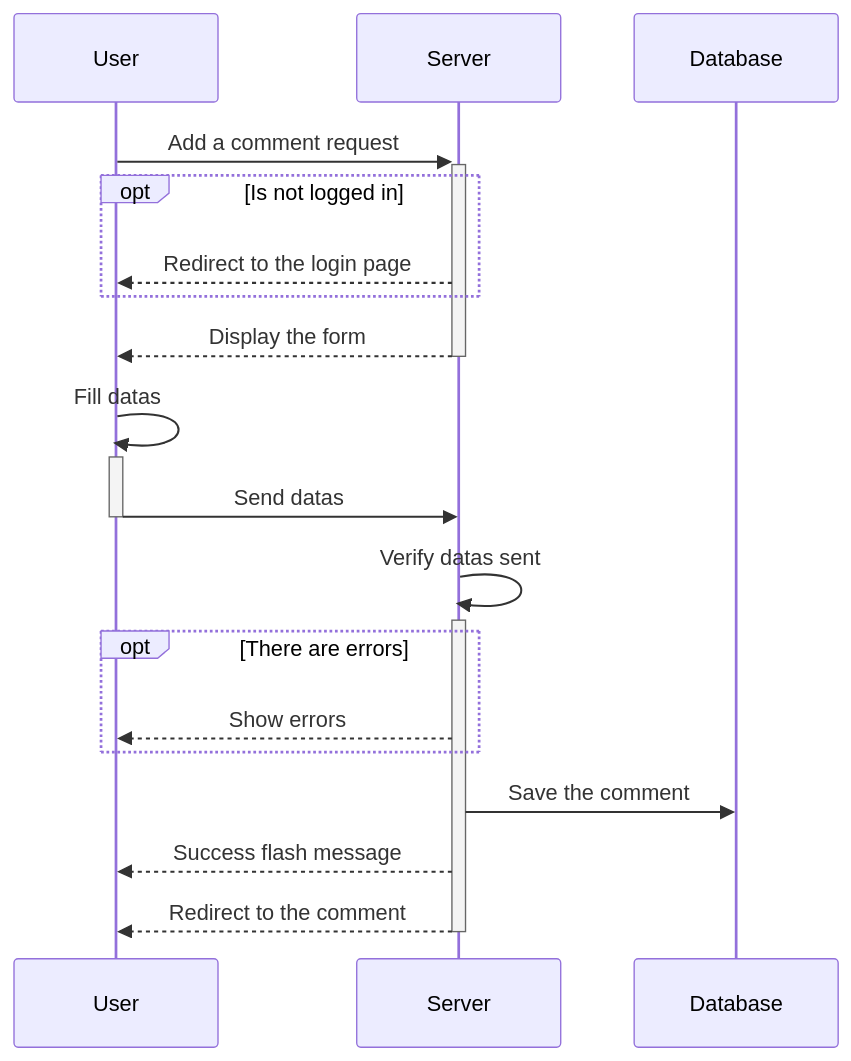
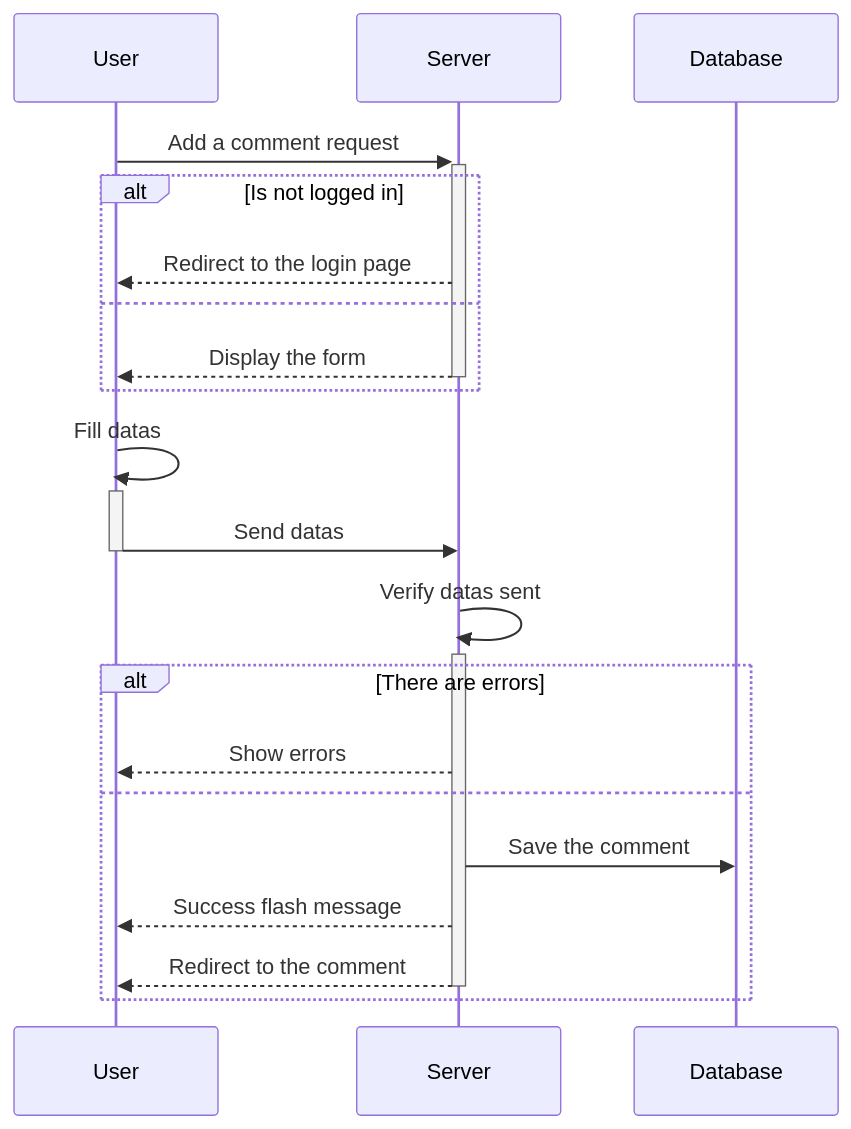
The diagram in docs/sequence/snowtricks/comment_trick.md (acecconato/AnthonyCecconato_6_01102022), drawn with Mermaid before and after one commit. The commit also changed 15 other files, not shown here.

Commit message:
Update diagrams

````diff
--- a/docs/sequence/snowtricks/comment_trick.md
+++ b/docs/sequence/snowtricks/comment_trick.md
@@ -1,23 +1,23 @@
 ```mermaid 
 sequenceDiagram
     User ->>+ Server: Add a comment request
     
-    opt Is not logged in 
+    alt Is not logged in 
         Server -->> User: Redirect to the login page
+    else
+        Server -->>-User: Display the form
     end
     
-    Server -->>-User: Display the form
-
     User ->>+ User: Fill datas
     User ->>-Server: Send datas
 
     Server ->>+ Server: Verify datas sent
 
-    opt There are errors
+    alt There are errors
         Server -->> User: Show errors
+    else
+        Server ->> Database: Save the comment
+        Server -->> User: Success flash message
+        Server -->>- User: Redirect to the comment
     end
-
-    Server ->> Database: Save the comment
-    Server -->> User: Success flash message
-    Server -->>- User: Redirect to the comment
 ```
````
